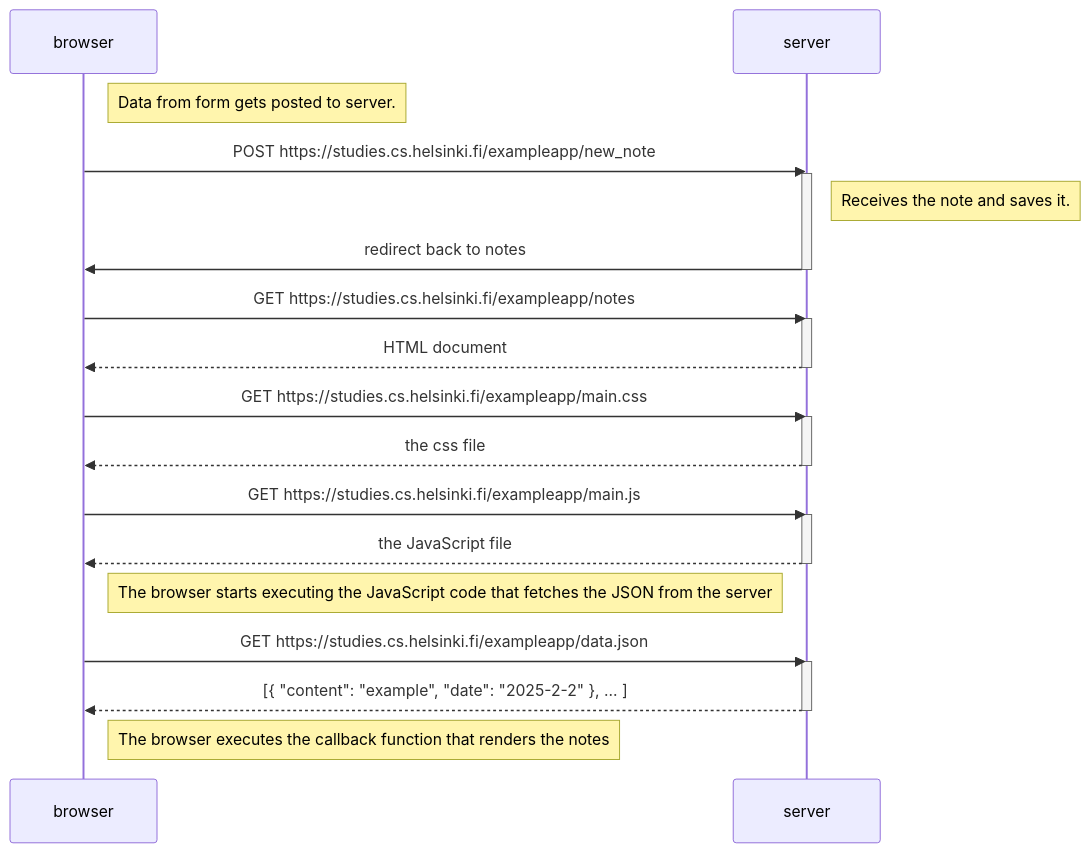
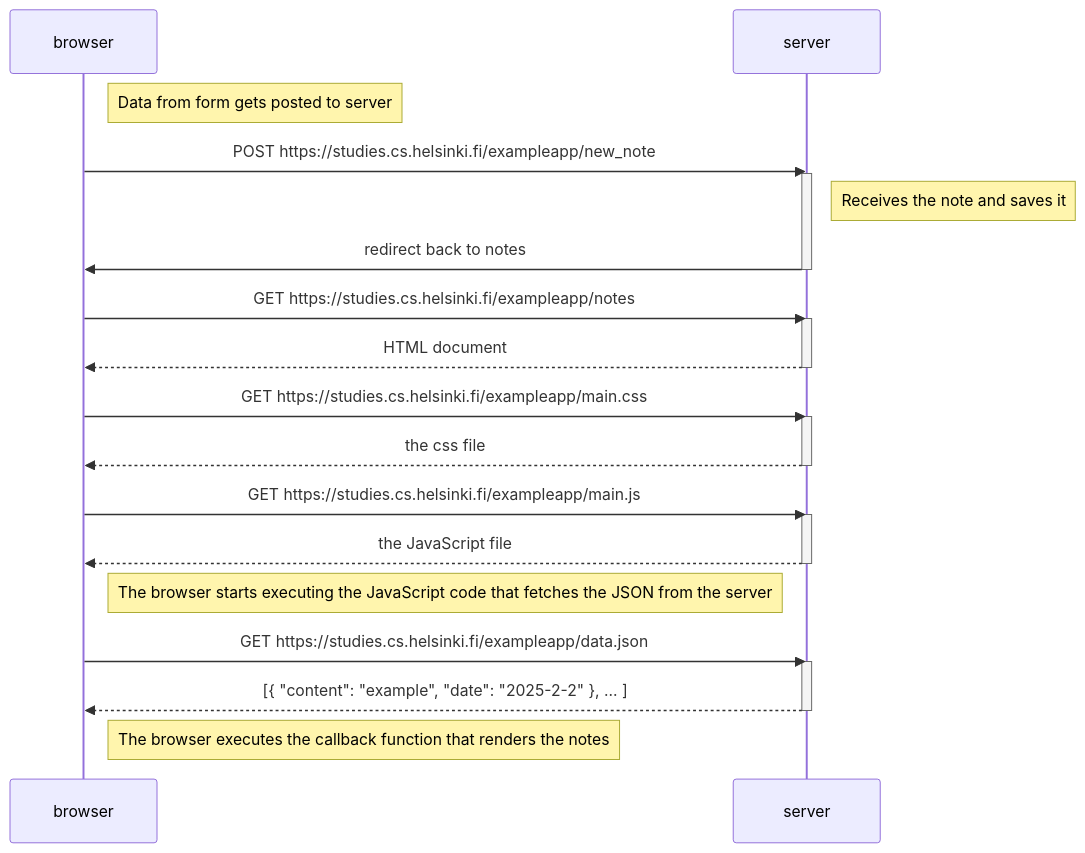
One commit to eemuston/FullStackopen changed the diagram in osa 0/0.4 uusi muistiinpano/uusimuistiinpano.md. Above: the diagram before and after it, drawn with Mermaid.

Commit message:
adding small fixes ex 0.4

````diff
--- a/osa 0/0.4 uusi muistiinpano/uusimuistiinpano.md
+++ b/osa 0/0.4 uusi muistiinpano/uusimuistiinpano.md
@@ -1,42 +1,40 @@
 ```mermaid
 
 sequenceDiagram
     participant browser
     participant server
     
 
-    Note right of browser: Data from form gets posted to server.
+    Note right of browser: Data from form gets posted to server
 
     browser->>server: POST https://studies.cs.helsinki.fi/exampleapp/new_note
     activate server
-
-    Note right of server: Receives the note and saves it.
-
+    Note right of server: Receives the note and saves it
     server->>browser: redirect back to notes
     deactivate server
 
     browser->>server: GET https://studies.cs.helsinki.fi/exampleapp/notes
     activate server
     server-->>browser: HTML document
     deactivate server
     
     browser->>server: GET https://studies.cs.helsinki.fi/exampleapp/main.css
     activate server
     server-->>browser: the css file
     deactivate server
     
     browser->>server: GET https://studies.cs.helsinki.fi/exampleapp/main.js
     activate server
     server-->>browser: the JavaScript file
     deactivate server
     
     Note right of browser: The browser starts executing the JavaScript code that fetches the JSON from the server
     
     browser->>server: GET https://studies.cs.helsinki.fi/exampleapp/data.json
     activate server
     server-->>browser: [{ "content": "example", "date": "2025-2-2" }, ... ]
     deactivate server    
 
     Note right of browser: The browser executes the callback function that renders the notes
 
 ```
````
